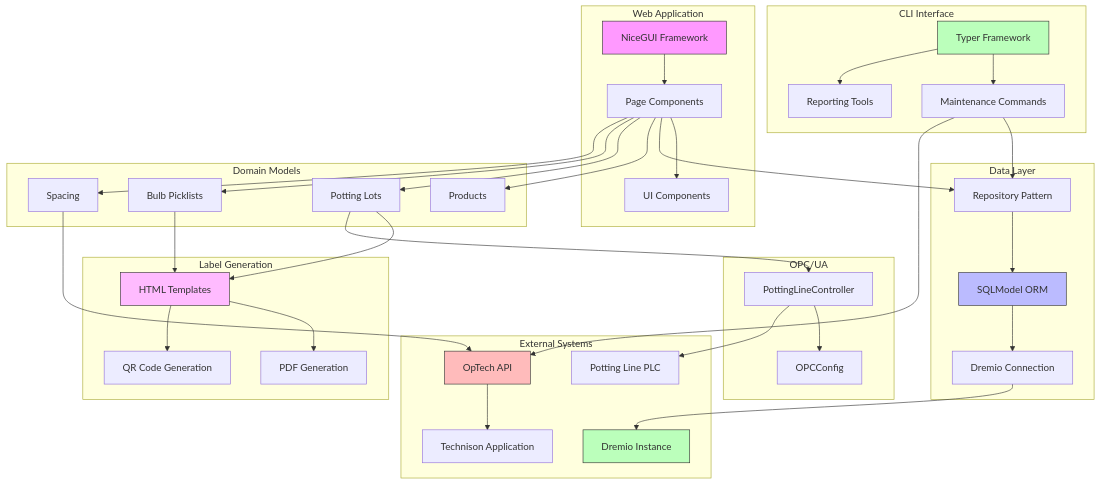
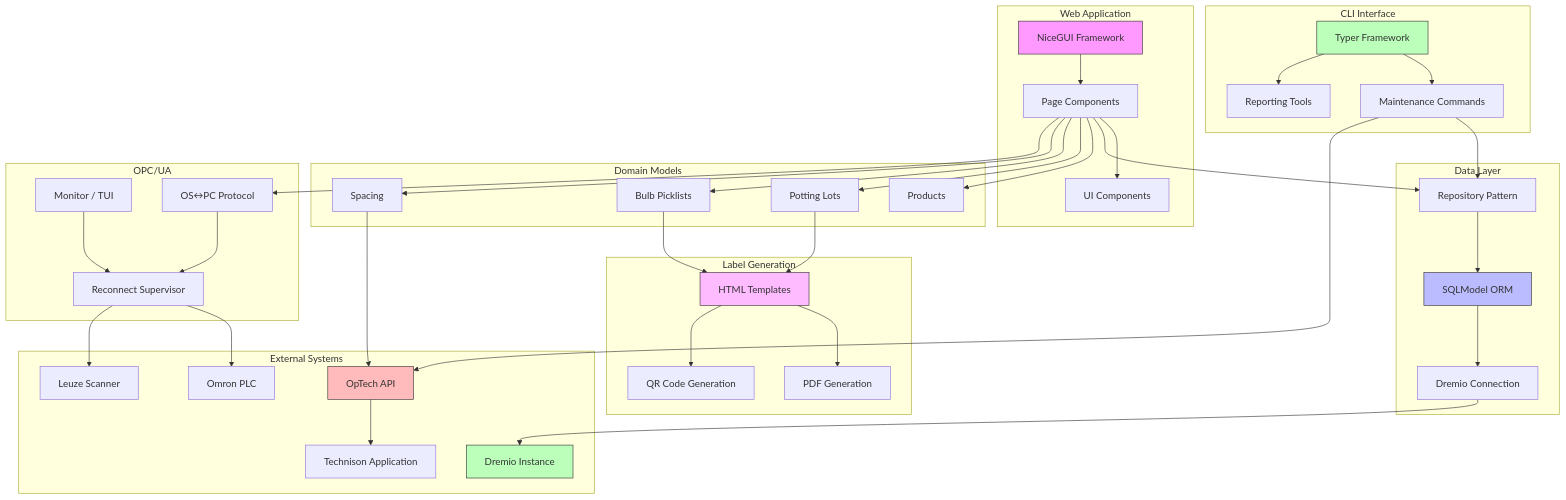
One commit to serraict/wetering-production-control changed the diagram in docs/architecture.md. Above: the diagram before and after it, drawn with Mermaid. The commit also changed other lines of this file and 19 other files, not shown here.

```diff
--- a/docs/architecture.md
+++ b/docs/architecture.md
@@ -95,15 +125,17 @@
     end
     
     subgraph "OPC/UA"
-        LineController[PottingLineController]
-        OPCConfig[OPCConfig]
+        Monitor[Monitor / TUI]
+        Protocol[OS↔PC Protocol]
+        Supervisor[Reconnect Supervisor]
     end
 
     subgraph "External Systems"
         Dremio[Dremio Instance]
         OpTech[OpTech API]
         Technison[Technison Application]
-        PLC[Potting Line PLC]
+        PLC[Omron PLC]
+        Leuze[Leuze Scanner]
     end
 
     NiceGUI --> Pages
@@ -132,9 +164,11 @@
     Spacing --> OpTech
     OpTech --> Technison
 
-    PottingLots --> LineController
-    LineController --> OPCConfig
-    LineController --> PLC
+    Pages --> Protocol
+    Protocol --> Supervisor
+    Monitor --> Supervisor
+    Supervisor --> PLC
+    Supervisor --> Leuze
 
     style NiceGUI fill:#f9f,stroke:#333
     style SQLModel fill:#bbf,stroke:#333
```
